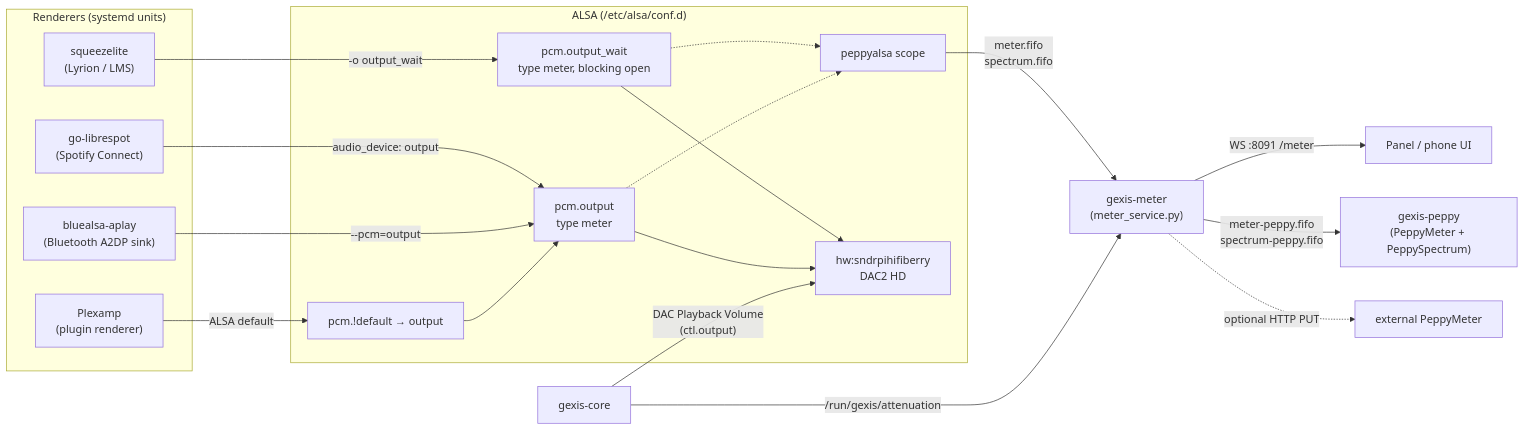
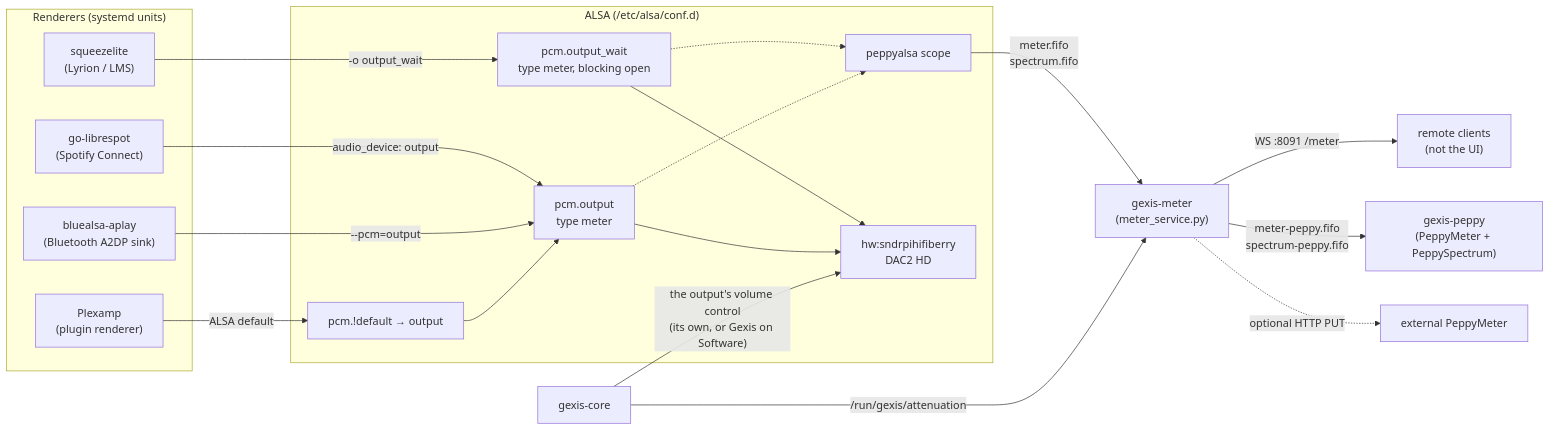
Before and after one commit to gcarstoiu/gexis-player: the first of 5 diagrams in docs/tech/audio-path.md, drawn with Mermaid. The commit also changed other lines of this file and 5 other files, not shown here.

````diff
--- a/docs/tech/audio-path.md
+++ b/docs/tech/audio-path.md
@@ -13,34 +13,34 @@
 ```mermaid
 flowchart LR
     subgraph Renderers["Renderers (systemd units)"]
         SQ["squeezelite<br/>(Lyrion / LMS)"]
         GL["go-librespot<br/>(Spotify Connect)"]
         BA["bluealsa-aplay<br/>(Bluetooth A2DP sink)"]
         PX["Plexamp<br/>(plugin renderer)"]
     end
 
     subgraph ALSA["ALSA (/etc/alsa/conf.d)"]
         OW["pcm.output_wait<br/>type meter, blocking open"]
         OUT["pcm.output<br/>type meter"]
         DEF["pcm.!default → output"]
         SCOPE["peppyalsa scope"]
         HW["hw:sndrpihifiberry<br/>DAC2 HD"]
     end
 
     SQ -- "-o output_wait" --> OW
     GL -- "audio_device: output" --> OUT
     BA -- "--pcm=output" --> OUT
     PX -- "ALSA default" --> DEF --> OUT
     OW --> HW
     OUT --> HW
     OW -.-> SCOPE
     OUT -.-> SCOPE
 
     SCOPE -- "meter.fifo<br/>spectrum.fifo" --> MS["gexis-meter<br/>(meter_service.py)"]
-    MS -- "WS :8091 /meter" --> UI["Panel / phone UI"]
+    MS -- "WS :8091 /meter" --> RC["remote clients<br/>(not the UI)"]
     MS -- "meter-peppy.fifo<br/>spectrum-peppy.fifo" --> PP["gexis-peppy<br/>(PeppyMeter + PeppySpectrum)"]
     MS -. "optional HTTP PUT" .-> EXT["external PeppyMeter"]
 
-    CORE["gexis-core"] -- "DAC Playback Volume<br/>(ctl.output)" --> HW
+    CORE["gexis-core"] -- "the output's volume control<br/>(its own, or Gexis on Software)" --> HW
     CORE -- "/run/gexis/attenuation" --> MS
 ```
````
